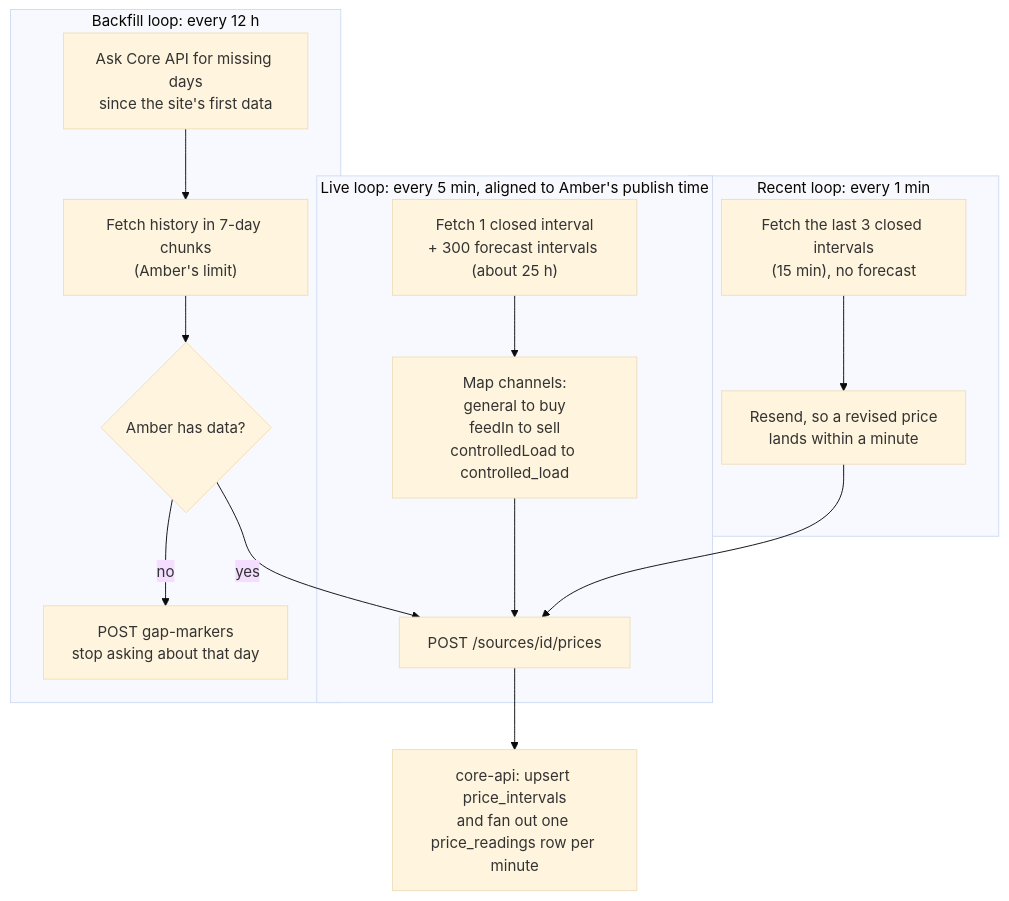
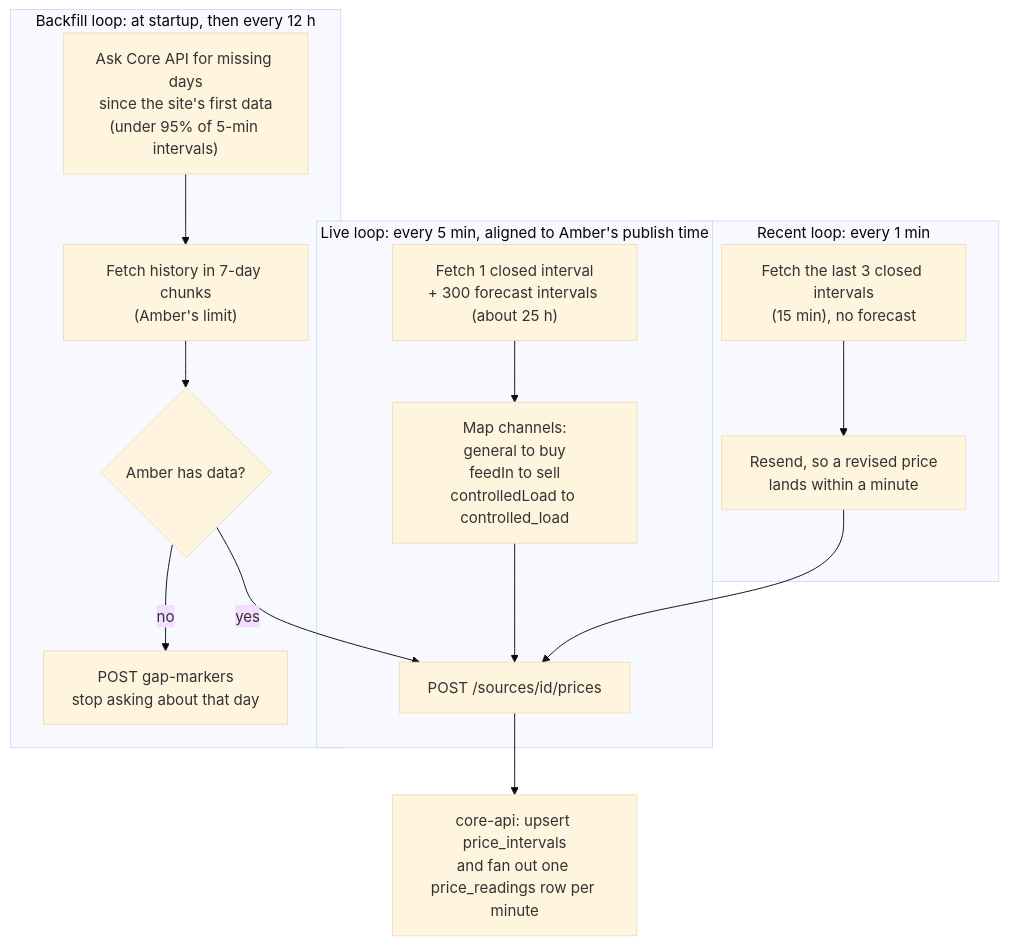
The second of 7 diagrams in docs/how-it-works.md (sschwetz/wattwise), drawn with Mermaid (base theme) before and after one commit. The commit also changed 9 other files, not shown here.

First line of the commit message:
fix: backfill Amber days that hold only a few intervals

````diff
--- a/docs/how-it-works.md
+++ b/docs/how-it-works.md
@@ -49,15 +49,15 @@
 ```mermaid
 flowchart TD
     subgraph LIVE["Live loop: every 5 min, aligned to Amber's publish time"]
         L1["Fetch 1 closed interval<br/>+ 300 forecast intervals (about 25 h)"] --> L2["Map channels:<br/>general to buy<br/>feedIn to sell<br/>controlledLoad to controlled_load"] --> L3["POST /sources/id/prices"]
     end
     subgraph RECENT["Recent loop: every 1 min"]
         R1["Fetch the last 3 closed intervals<br/>(15 min), no forecast"] --> R2["Resend, so a revised price<br/>lands within a minute"] --> L3
     end
-    subgraph BACK["Backfill loop: every 12 h"]
-        B1["Ask Core API for missing days<br/>since the site's first data"] --> B2["Fetch history in 7-day chunks<br/>(Amber's limit)"] --> B3{"Amber has data?"}
+    subgraph BACK["Backfill loop: at startup, then every 12 h"]
+        B1["Ask Core API for missing days<br/>since the site's first data<br/>(under 95% of 5-min intervals)"] --> B2["Fetch history in 7-day chunks<br/>(Amber's limit)"] --> B3{"Amber has data?"}
         B3 -- yes --> L3
         B3 -- "no" --> B4["POST gap-markers<br/>stop asking about that day"]
     end
     L3 --> API["core-api: upsert price_intervals<br/>and fan out one price_readings row per minute"]
 ```
````
